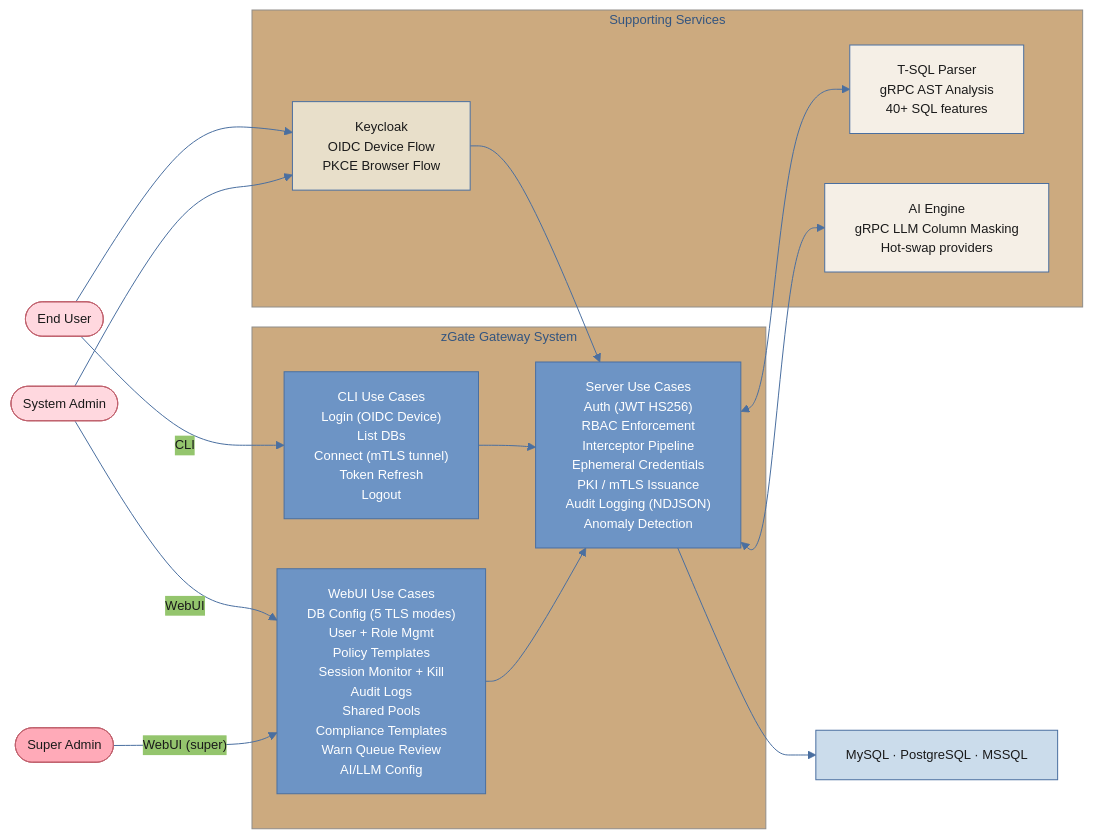
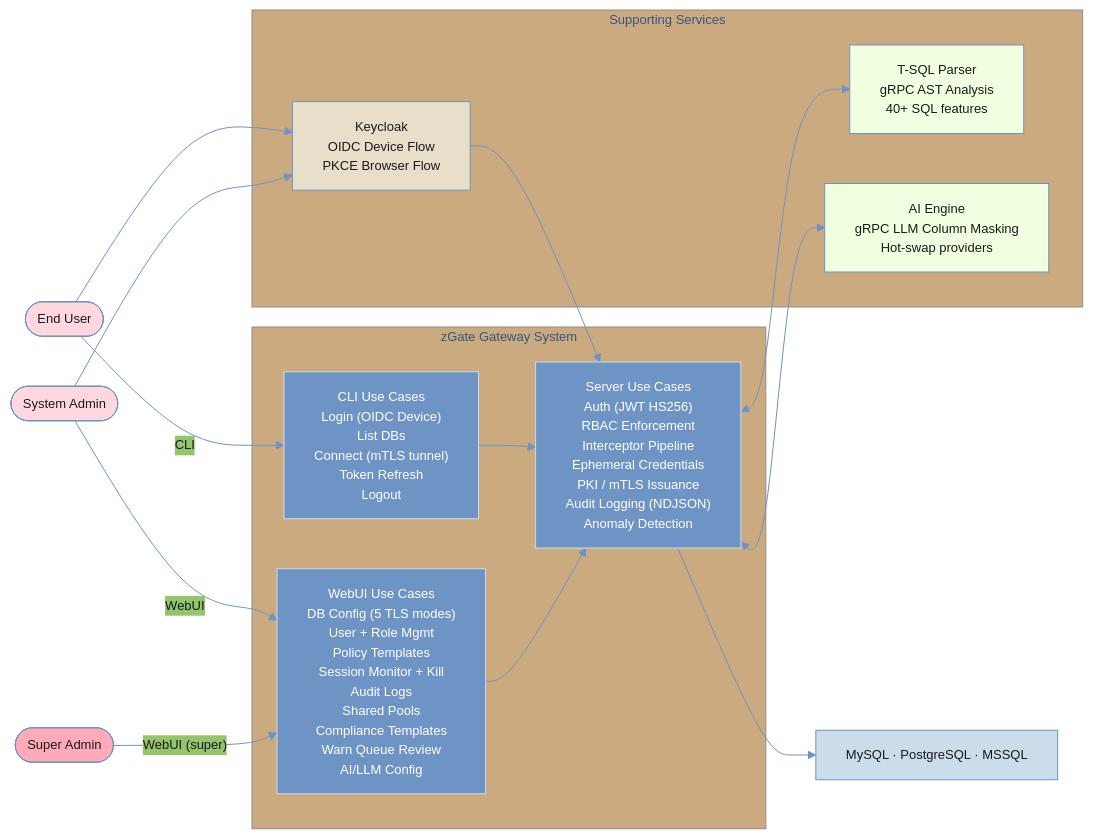
Before and after one commit to lll-michael-lll/Graduation-Project-Documentation: the diagram in diagrams/fig4_4_complete.mmd, drawn with Mermaid. The commit also changed 28 other files, not shown here.

```diff
--- a/diagrams/fig4_4_complete.mmd
+++ b/diagrams/fig4_4_complete.mmd
@@ -1,48 +1,48 @@
 %%{init: {
   "theme": "base",
   "themeVariables": {
     "primaryColor": "#6D94C5",
     "primaryTextColor": "#1a1a1a",
-    "primaryBorderColor": "#4a6fa0",
-    "lineColor": "#4a6fa0",
+    "primaryBorderColor": "#6D94C5",
+    "lineColor": "#6D94C5",
     "fontFamily": "Liberation Sans, Arial, sans-serif",
     "fontSize": "13px"
   }
 }}%%
 flowchart LR
-    classDef human   fill:#FFD8DF,stroke:#c0626e,color:#1a1a1a
-    classDef super   fill:#FFAAB8,stroke:#c0626e,color:#1a1a1a
-    classDef server  fill:#6D94C5,stroke:#4a6fa0,color:#fff
-    classDef sidecar fill:#F5EFE6,stroke:#4a6fa0,color:#1a1a1a
-    classDef db      fill:#CBDCEB,stroke:#4a6fa0,color:#1a1a1a
-    classDef ext     fill:#E8DFCA,stroke:#4a6fa0,color:#1a1a1a
+    classDef human   fill:#FFD8DF,stroke:#6D94C5,color:#1a1a1a
+    classDef super   fill:#FFAAB8,stroke:#6D94C5,color:#1a1a1a
+    classDef server  fill:#6D94C5,stroke:#CBDCEB,color:#fff
+    classDef sidecar fill:#F0FFDF,stroke:#6D94C5,color:#1a1a1a
+    classDef db      fill:#CBDCEB,stroke:#6D94C5,color:#1a1a1a
+    classDef ext     fill:#E8DFCA,stroke:#6D94C5,color:#1a1a1a
 
     EU(["End User"]):::human
     SYS(["System Admin"]):::human
     SUP(["Super Admin"]):::super
 
     subgraph GW ["zGate Gateway System"]
         CLI_UC["CLI Use Cases\nLogin (OIDC Device)\nList DBs\nConnect (mTLS tunnel)\nToken Refresh\nLogout"]:::server
         WEB_UC["WebUI Use Cases\nDB Config (5 TLS modes)\nUser + Role Mgmt\nPolicy Templates\nSession Monitor + Kill\nAudit Logs\nShared Pools\nCompliance Templates\nWarn Queue Review\nAI/LLM Config"]:::server
         SRV_UC["Server Use Cases\nAuth (JWT HS256)\nRBAC Enforcement\nInterceptor Pipeline\nEphemeral Credentials\nPKI / mTLS Issuance\nAudit Logging (NDJSON)\nAnomaly Detection"]:::server
     end
 
     subgraph SIDECARS ["Supporting Services"]
         TSQL_UC["T-SQL Parser\ngRPC AST Analysis\n40+ SQL features"]:::sidecar
         AI_UC["AI Engine\ngRPC LLM Column Masking\nHot-swap providers"]:::sidecar
         KC_UC["Keycloak\nOIDC Device Flow\nPKCE Browser Flow"]:::ext
     end
 
     DB["MySQL · PostgreSQL · MSSQL"]:::db
 
     EU -->|"CLI"| CLI_UC
     SYS -->|"WebUI"| WEB_UC
     SUP -->|"WebUI (super)"| WEB_UC
     CLI_UC --> SRV_UC
     WEB_UC --> SRV_UC
     SRV_UC --> DB
     SRV_UC <--> TSQL_UC
     SRV_UC <--> AI_UC
     EU --> KC_UC
     SYS --> KC_UC
     KC_UC --> SRV_UC
```
